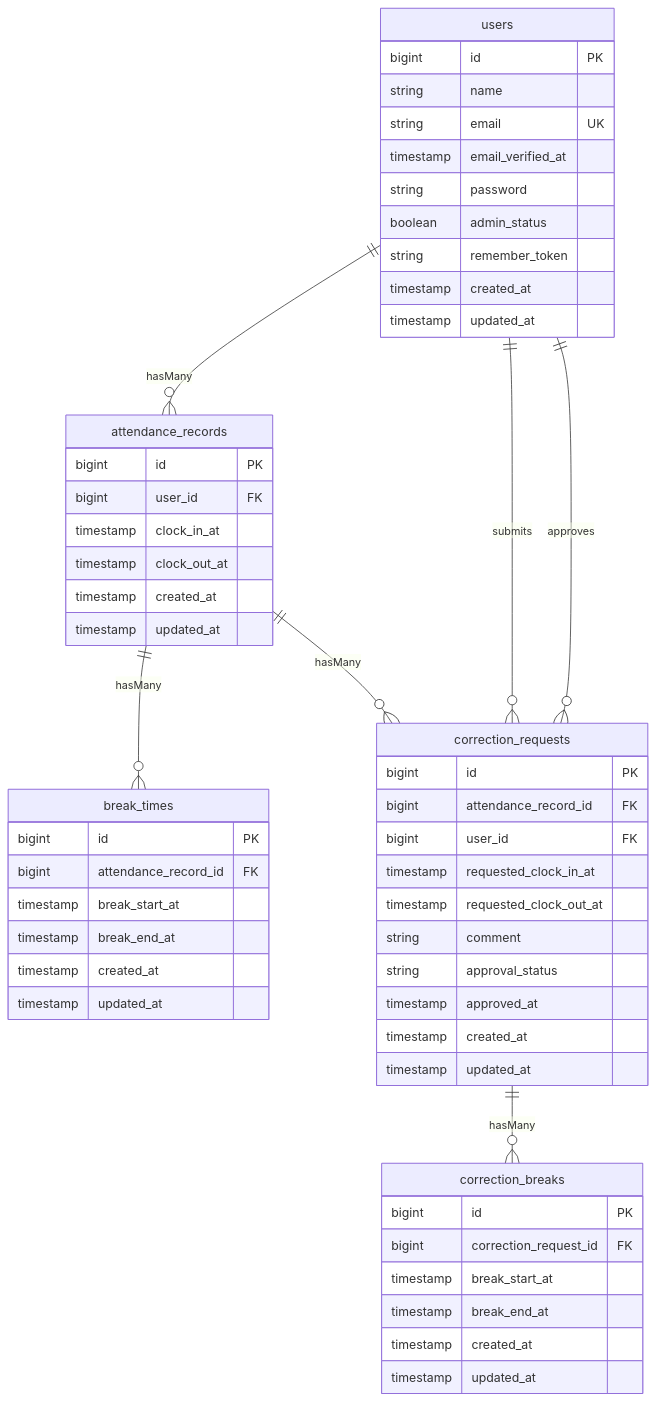
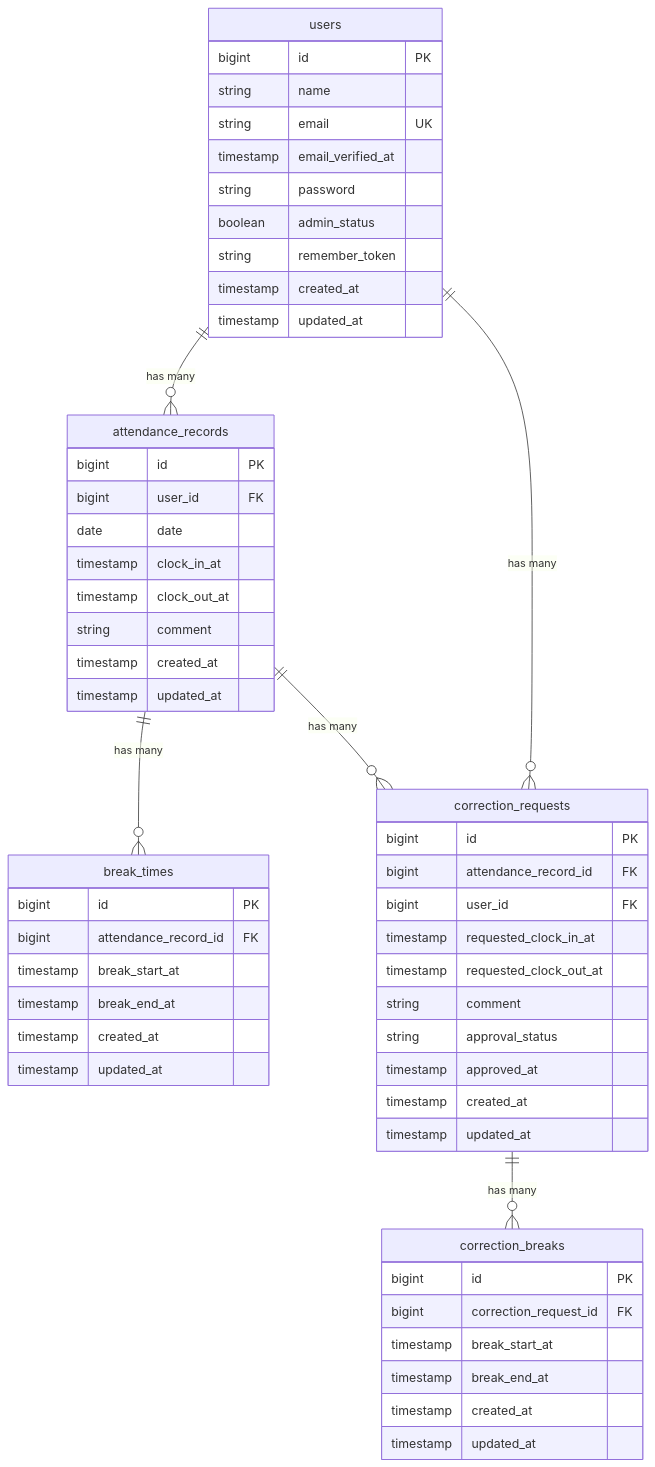
The diagram in README.md (Asuka-Asai06/attendance-app), drawn with Mermaid before and after one commit. The commit also changed other lines of this file, not shown here.

````diff
--- a/README.md
+++ b/README.md
@@ -30,62 +35,63 @@
 ```mermaid
 erDiagram
 
-    users ||--o{ attendance_records : "hasMany"  
-    attendance_records ||--o{ break_times : "hasMany"  
-    users ||--o{ correction_requests : submits  
-    users ||--o{ correction_requests : approves  
-    attendance_records ||--o{ correction_requests : "hasMany"  
-    correction_requests ||--o{ correction_breaks : "hasMany"  
+users ||--o{ attendance_records : "has many"
+attendance_records ||--o{ break_times : "has many"
+users ||--o{ correction_requests : "has many"
+attendance_records ||--o{ correction_requests : "has many"
+correction_requests ||--o{ correction_breaks : "has many"
 
     users {
         bigint id PK
         string name
         string email UK
         timestamp email_verified_at
         string password
         boolean admin_status
         string remember_token
         timestamp created_at
         timestamp updated_at
     }
 
     attendance_records {
         bigint id PK
         bigint user_id FK
+        date date
         timestamp clock_in_at
         timestamp clock_out_at
+        string comment
         timestamp created_at
         timestamp updated_at
     }
 
     break_times {
         bigint id PK
         bigint attendance_record_id FK
         timestamp break_start_at
         timestamp break_end_at
         timestamp created_at
         timestamp updated_at
     }
 
     correction_requests {
         bigint id PK
         bigint attendance_record_id FK
         bigint user_id FK
         timestamp requested_clock_in_at
         timestamp requested_clock_out_at
         string comment
         string approval_status
         timestamp approved_at
         timestamp created_at
         timestamp updated_at
     }
 
     correction_breaks {
         bigint id PK
         bigint correction_request_id FK
         timestamp break_start_at
         timestamp break_end_at
         timestamp created_at
         timestamp updated_at
     }
 ```
````
